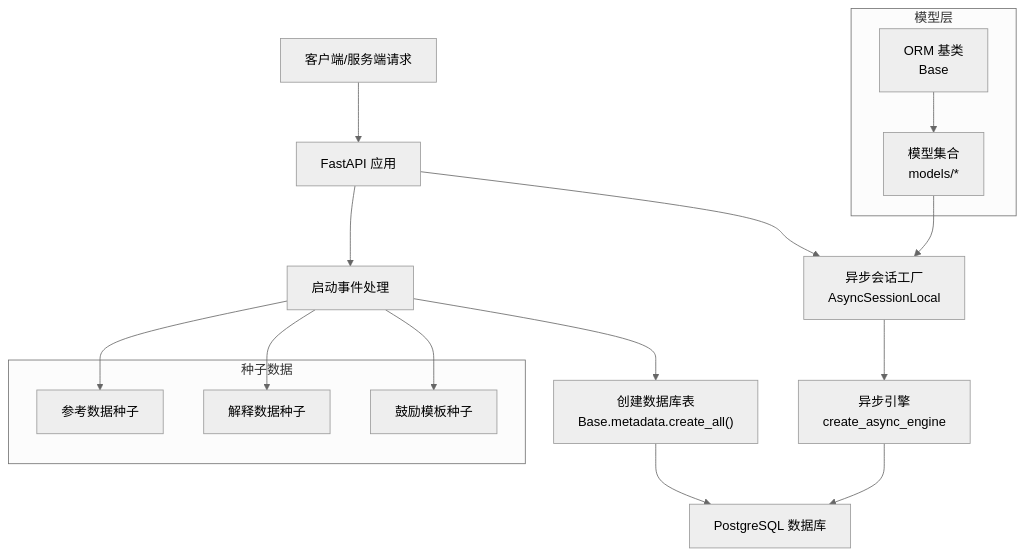
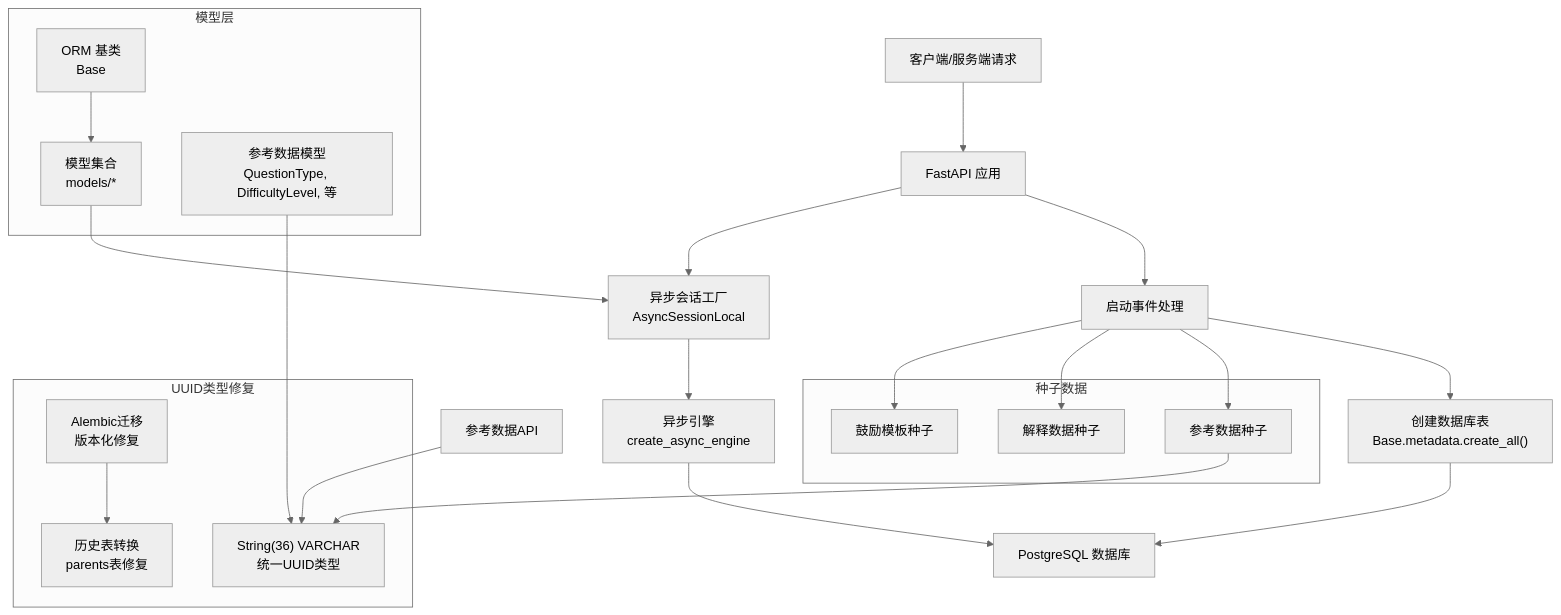
Before and after one commit to Miyuan2018/ruicheng-edu-system: the second of 6 diagrams in .qoder/repowiki/zh/content/后端系统架构/数据库ORM设计.md, drawn with Mermaid (neutral theme). The commit also changed other lines of this file and 6 other files, not shown here.

````diff
--- a/.qoder/repowiki/zh/content/后端系统架构/数据库ORM设计.md
+++ b/.qoder/repowiki/zh/content/后端系统架构/数据库ORM设计.md
@@ -150,24 +178,34 @@
 ```mermaid
 graph TB
 Client["客户端/服务端请求"] --> FastAPI["FastAPI 应用"]
 FastAPI --> Startup["启动事件处理"]
 Startup --> CreateTables["创建数据库表<br/>Base.metadata.create_all()"]
 CreateTables --> PG["PostgreSQL 数据库"]
 FastAPI --> DBSession["异步会话工厂<br/>AsyncSessionLocal"]
 DBSession --> Engine["异步引擎<br/>create_async_engine"]
 Engine --> PG
 subgraph "模型层"
 Base["ORM 基类<br/>Base"]
 Models["模型集合<br/>models/*"]
+RefModels["参考数据模型<br/>QuestionType, DifficultyLevel, 等"]
 end
 subgraph "种子数据"
 SeedRef["参考数据种子"]
 SeedExp["解释数据种子"]
 SeedEnc["鼓励模板种子"]
 end
+subgraph "UUID类型修复"
+UUIDFix["String(36) VARCHAR<br/>统一UUID类型"]
+Migration["Alembic迁移<br/>版本化修复"]
+HistoryFix["历史表转换<br/>parents表修复"]
+end
 Base --> Models
 Models --> DBSession
 Startup --> SeedRef
 Startup --> SeedExp
 Startup --> SeedEnc
+SeedRef --> UUIDFix
+APIRef["参考数据API"] --> UUIDFix
+RefModels --> UUIDFix
+Migration --> HistoryFix
 ```
````
